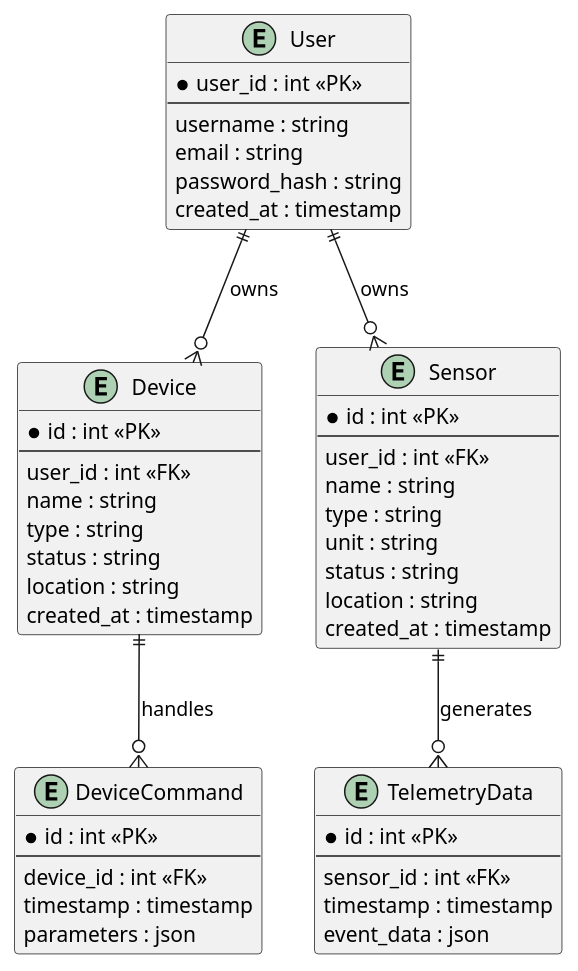
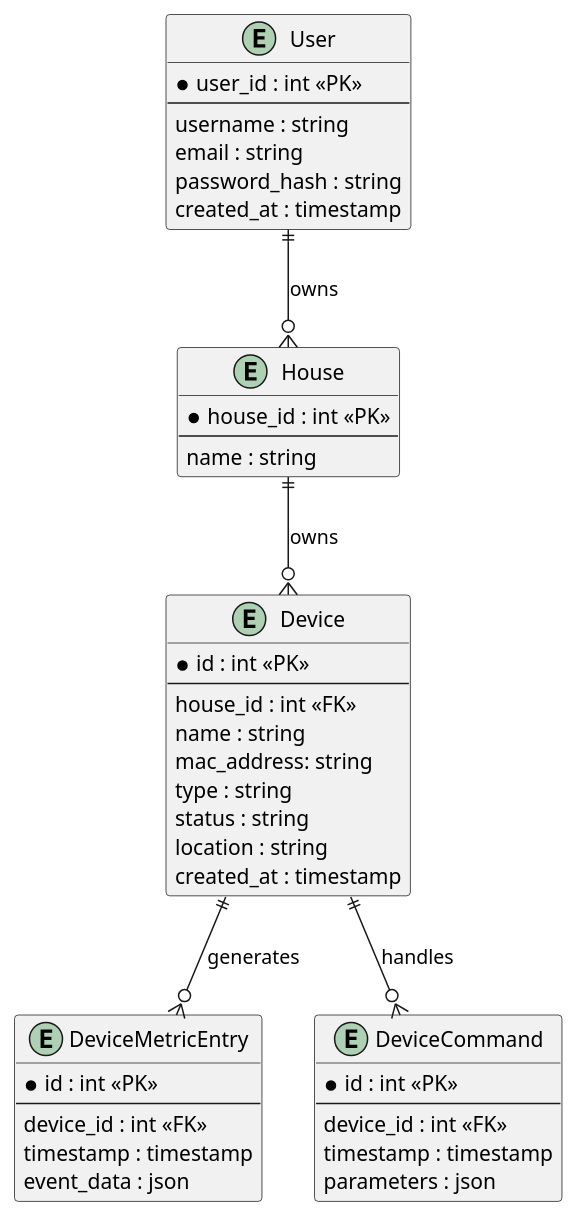
The diagram in schemas/ER.puml (Yandex-Practicum/architecture-pro-warmhouse), drawn with PlantUML before and after one commit. The commit also changed 7 other files, not shown here.

Commit message:
Задание 2. renew schemas

```diff
--- a/schemas/ER.puml
+++ b/schemas/ER.puml
@@ -1,56 +1,51 @@
 @startuml
 
 entity "User" as user {
   * user_id : int <<PK>>
   --
   username : string
   email : string
   password_hash : string
   created_at : timestamp
 }
 
+entity "House" as house {
+  * house_id : int <<PK>>
+  --
+  name : string
+}
+
 entity "Device" as device {
   * id : int <<PK>>
   --
-  user_id : int <<FK>>
+  house_id : int <<FK>>
   name : string
+  mac_address: string
   type : string
   status : string
   location : string
   created_at : timestamp
 }
 
-entity "Sensor" as sensor {
+entity "DeviceMetricEntry" as deviceMetricEntry {
   * id : int <<PK>>
   --
-  user_id : int <<FK>>
-  name : string
-  type : string
-  unit : string
-  status : string
-  location : string
-  created_at : timestamp
-}
-
-entity "TelemetryData" as telemetry {
-  * id : int <<PK>>
-  --
-  sensor_id : int <<FK>>
+  device_id : int <<FK>>
   timestamp : timestamp
   event_data : json
 }
 
 entity "DeviceCommand" as command {
   * id : int <<PK>>
   --
   device_id : int <<FK>>
   timestamp : timestamp
   parameters : json
 }
 
 ' Связи
-user ||--o{ device : "owns"
-user ||--o{ sensor : "owns"
+user ||--o{ house : "owns"
+house ||--o{ device : "owns"
 device ||--o{ command : "handles"
-sensor ||--o{ telemetry : "generates"
+device ||--o{ deviceMetricEntry : "generates"
 @enduml
```
